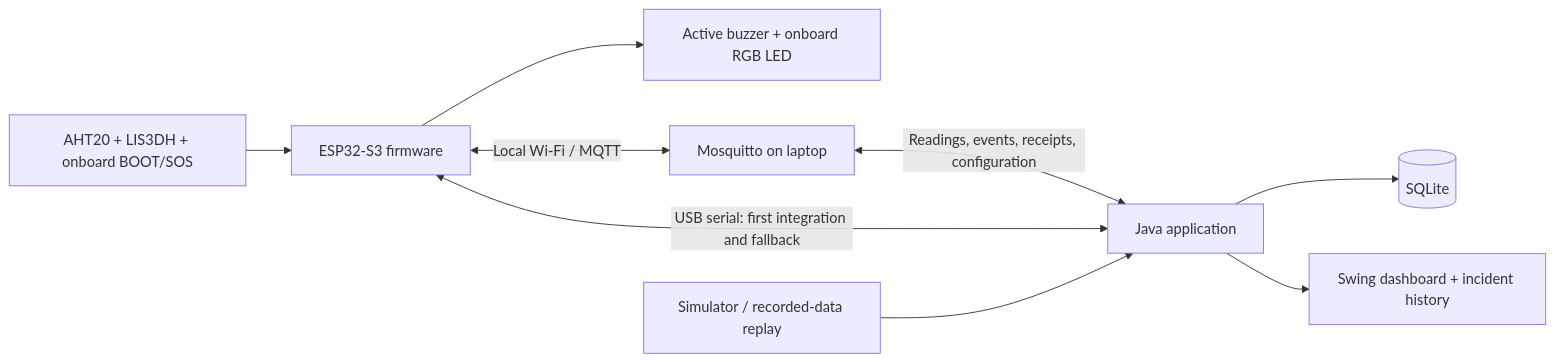
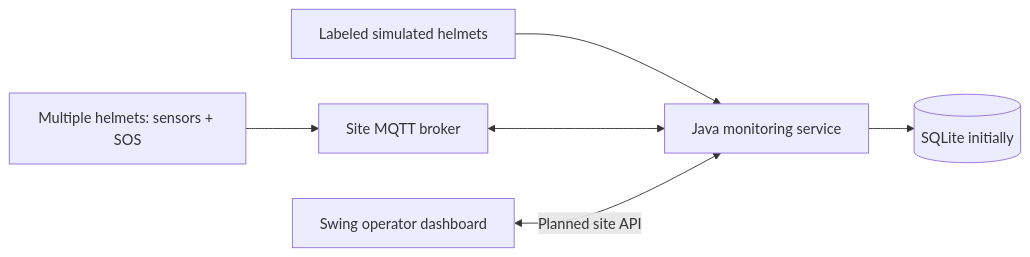
The diagram in README.md (Ismoiljon1101/siteguard), drawn with Mermaid before and after one commit. The commit also changed other lines of this file and 34 other files, not shown here.

Commit message:
feat: add Java simulator and hardware plan

````diff
--- a/README.md
+++ b/README.md
@@ -38,11 +39,8 @@
 ```mermaid
 flowchart LR
-    Sensors["AHT20 + LIS3DH + onboard BOOT/SOS"] --> ESP["ESP32-S3 firmware"]
-    ESP --> Alarm["Active buzzer + onboard RGB LED"]
-    ESP <-->|"Local Wi-Fi / MQTT"| Broker["Mosquitto on laptop"]
-    Broker <-->|"Readings, events, receipts, configuration"| Java["Java application"]
-    ESP <-->|"USB serial: first integration and fallback"| Java
-    Java --> DB[(SQLite)]
-    Java --> UI["Swing dashboard + incident history"]
-    Sim["Simulator / recorded-data replay"] --> Java
+    Helmets["Multiple helmets: sensors + SOS"] --> Broker["Site MQTT broker"]
+    Sim["Labeled simulated helmets"] --> Server["Java monitoring service"]
+    Broker <--> Server
+    Server --> DB[(SQLite initially)]
+    UI["Swing operator dashboard"] <-->|"Planned site API"| Server
 ```
````
